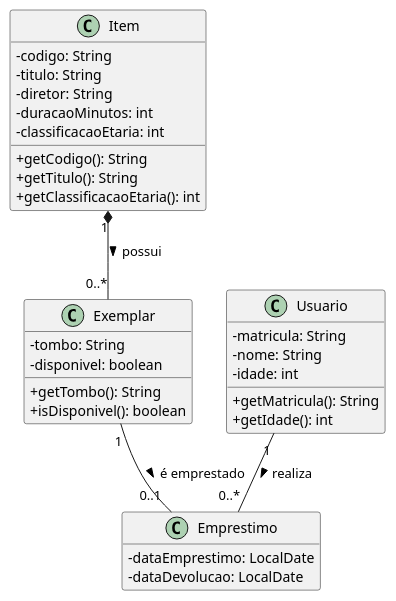
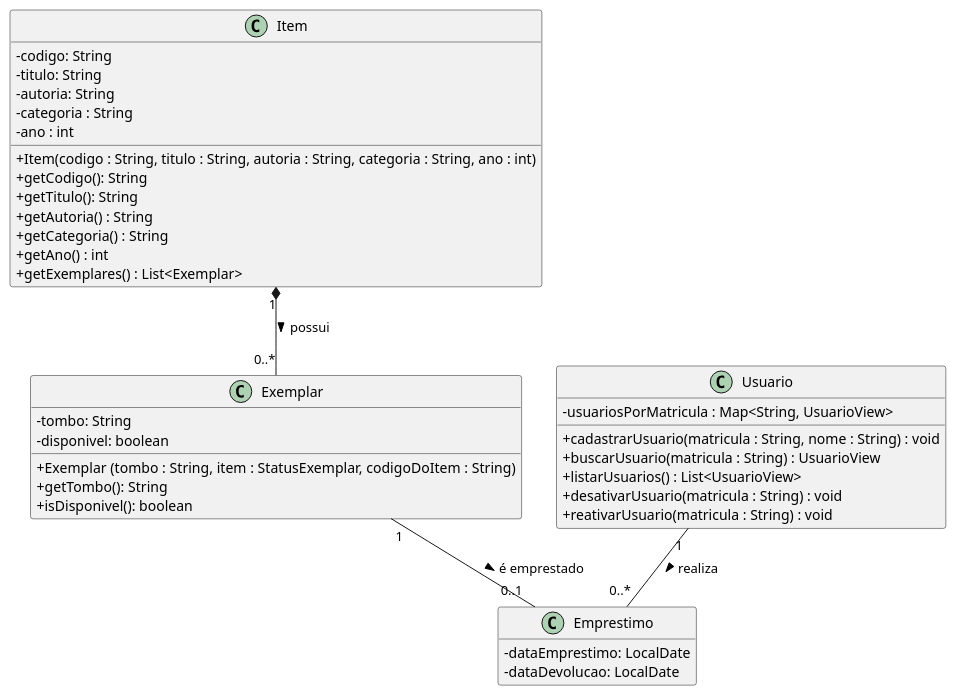
Before and after one commit to poo-dcx-2026-2/Alta-Cupula: the diagram in docs/modelo.puml, drawn with PlantUML. The commit also changed 5 other files, not shown here.

Commit message:
Mudanças feitas em Usuario (Agora está sendo usado MAP, ao invés de um arraylist.), Remoção de sets indevidos na classe Exemplar e Item e  foi renomeado a classe UsuariosEmMemoria para Usuario.

```diff
--- a/docs/modelo.puml
+++ b/docs/modelo.puml
@@ -1,49 +1,58 @@
 @startuml
 ' Modelo de domínio do sistema: Entrega 1.
 '
 ' Este arquivo é o ponto de partida. Substitua pelo modelo da sua equipe.
 ' O diagrama precisa corresponder ao código entregue.
 '
 ' Para gerar a imagem: instale o plugin PlantUML no IntelliJ, ou use
 '   plantuml docs/modelo.puml
 ' e versione a imagem gerada ao lado deste arquivo.
 
 skinparam classAttributeIconSize 0
 hide empty members
 
 class Item {
-  - codigo: String
-  - titulo: String
-  - diretor: String
-  - duracaoMinutos: int
-  - classificacaoEtaria: int
-  + getCodigo(): String
-  + getTitulo(): String
-  + getClassificacaoEtaria(): int
+ - codigo: String
+ - titulo: String
+ - autoria: String
+ - categoria : String
+ - ano : int
+
+ + Item(codigo : String, titulo : String, autoria : String, categoria : String, ano : int)
+ + getCodigo(): String
+ + getTitulo(): String
+ + getAutoria() : String
+ + getCategoria() : String
+ + getAno() : int
+ + getExemplares() : List<Exemplar>
 }
 
 class Exemplar {
-  - tombo: String
-  - disponivel: boolean
-  + getTombo(): String
-  + isDisponivel(): boolean
+ - tombo: String
+ - disponivel: boolean
+
+ + Exemplar (tombo : String, item : StatusExemplar, codigoDoItem : String)
+ + getTombo(): String
+ + isDisponivel(): boolean
 }
 
 class Usuario {
-  - matricula: String
-  - nome: String
-  - idade: int
-  + getMatricula(): String
-  + getIdade(): int
+ - usuariosPorMatricula : Map<String, UsuarioView>
+
+ + cadastrarUsuario(matricula : String, nome : String) : void
+ + buscarUsuario(matricula : String) : UsuarioView
+ + listarUsuarios() : List<UsuarioView>
+ + desativarUsuario(matricula : String) : void
+ + reativarUsuario(matricula : String) : void
 }
 
 class Emprestimo {
   - dataEmprestimo: LocalDate
   - dataDevolucao: LocalDate
 }
 
 Item "1" *-- "0..*" Exemplar : possui >
 Usuario "1" -- "0..*" Emprestimo : realiza >
 Exemplar "1" -- "0..1" Emprestimo : é emprestado >
 
 @enduml
```
